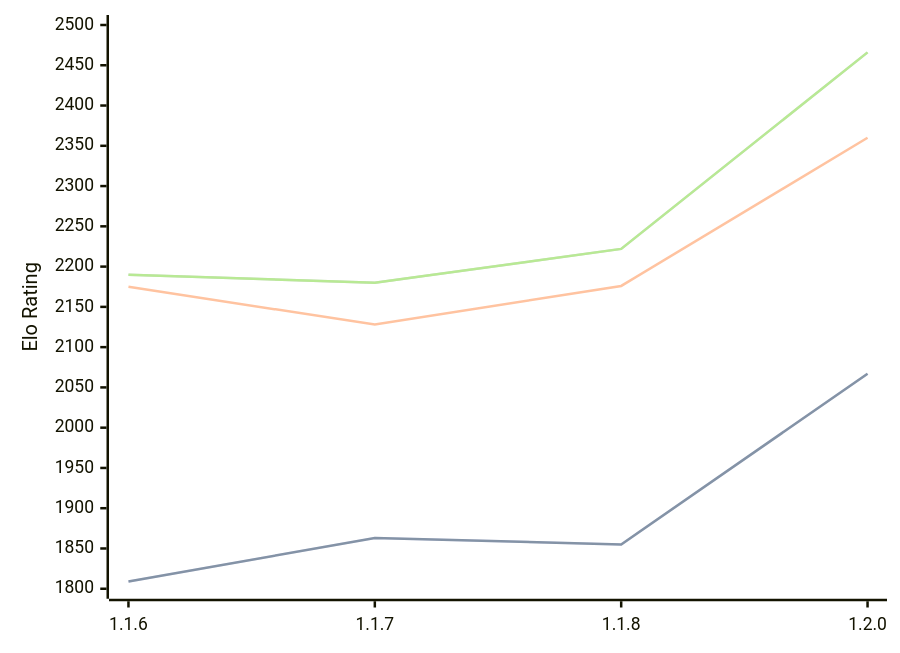
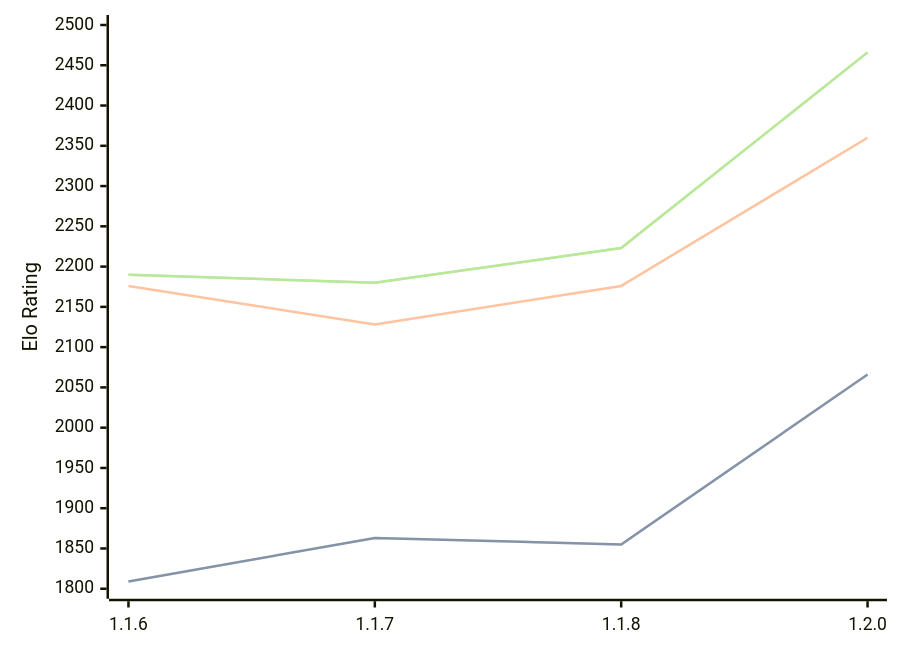
Before and after one commit to computer-chess-index/cci: the diagram in engines/Soomi.md, drawn with Mermaid. The commit also changed other lines of this file, not shown here.

Commit message:
Update CCI Ratings (ELO VLTC) - 2026-03-24

````diff
--- a/engines/Soomi.md
+++ b/engines/Soomi.md
@@ -34,11 +34,11 @@
 ```mermaid
 %%{init: {"theme":"base","themeVariables":{"seriesColors:['#a3a3a3','#222221','#faa371']}}}%%
 xychart-beta
   x-axis ["1.1.6", "1.1.7", "1.1.8", "1.2.0"]
   y-axis "Elo Rating" 1800 --> 2500
-  line "STC (8.0+0.08s)" [1809, 1863, 1855, 2067]
-  line "STC (8.0+0.08s)" [1809, 1863, 1855, 2067]
-  line "LTC (60.0+0.60s)" [2175, 2128, 2176, 2360]
-  line "VLTC (2m24s+1.12s)" [2190, 2180, 2222, 2466]
-  line "VLTC (2m24s+1.12s)" [2190, 2180, 2222, 2466]
+  line "STC (8.0+0.08s)" [1809, 1863, 1855, 2066]
+  line "STC (8.0+0.08s)" [1809, 1863, 1855, 2066]
+  line "LTC (60.0+0.60s)" [2176, 2128, 2176, 2360]
+  line "VLTC (2m24s+1.12s)" [2190, 2180, 2223, 2466]
+  line "VLTC (2m24s+1.12s)" [2190, 2180, 2223, 2466]
 ```
````
